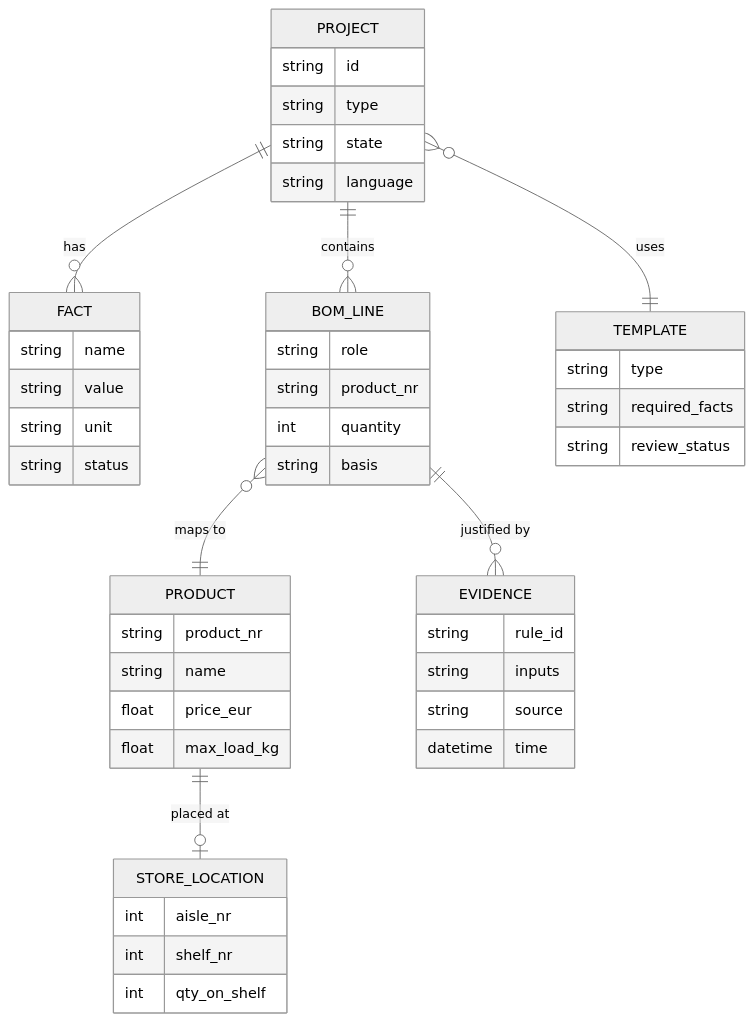
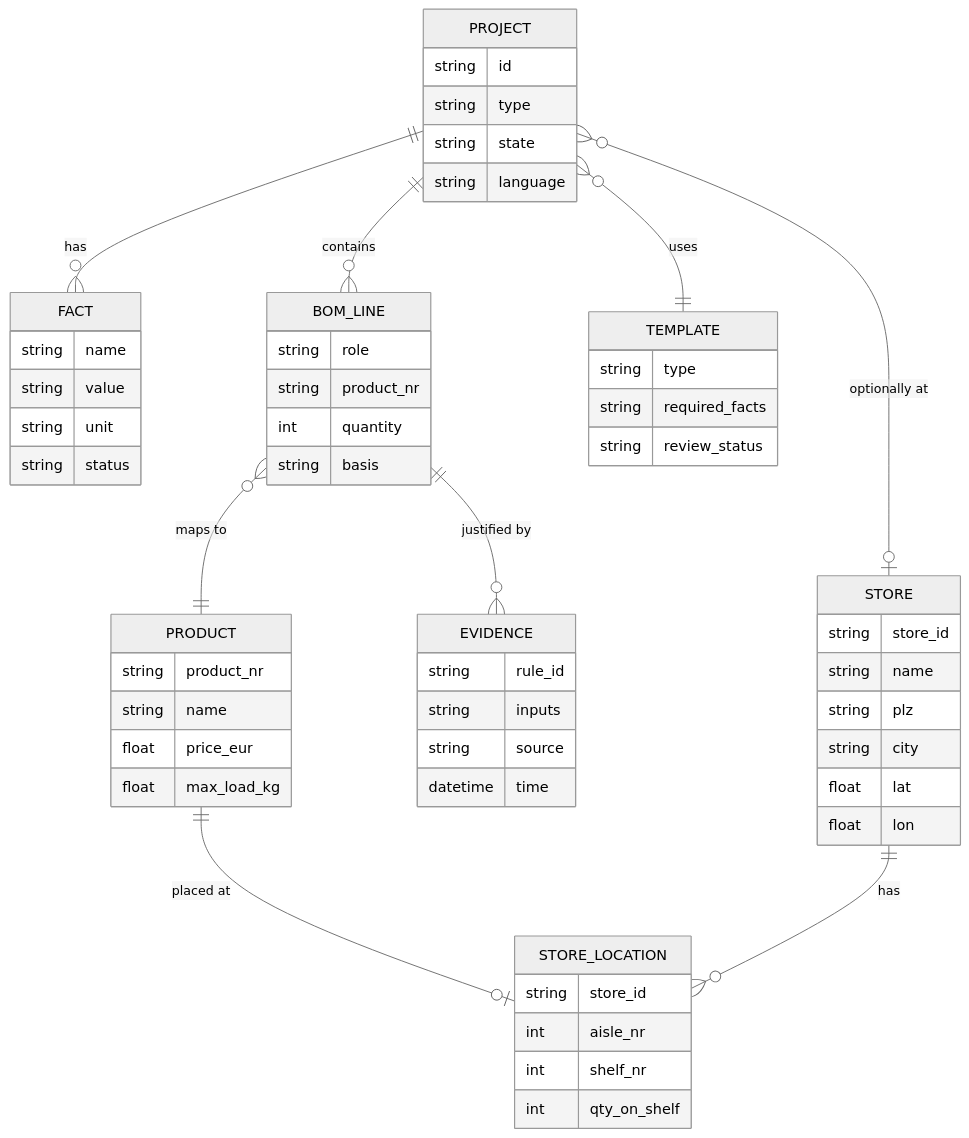
One commit to harigopi20/9_Applied-AI changed the sixth of 7 diagrams in data/03-design.md. Above: the diagram before and after it, drawn with Mermaid (neutral theme). The commit also changed other lines of this file, not shown here.

````diff
--- a/data/03-design.md
+++ b/data/03-design.md
@@ -199,17 +271,20 @@
 ```mermaid
 erDiagram
   PROJECT ||--o{ FACT : has
   PROJECT ||--o{ BOM_LINE : contains
   PROJECT }o--|| TEMPLATE : uses
   BOM_LINE }o--|| PRODUCT : "maps to"
   PRODUCT ||--o| STORE_LOCATION : "placed at"
   BOM_LINE ||--o{ EVIDENCE : "justified by"
+  PROJECT }o--o| STORE : "optionally at"
+  STORE ||--o{ STORE_LOCATION : has
 
   PROJECT { string id string type string state string language }
   FACT { string name string value string unit string status }
   TEMPLATE { string type string required_facts string review_status }
   BOM_LINE { string role string product_nr int quantity string basis }
   PRODUCT { string product_nr string name float price_eur float max_load_kg }
-  STORE_LOCATION { int aisle_nr int shelf_nr int qty_on_shelf }
+  STORE { string store_id string name string plz string city float lat float lon }
+  STORE_LOCATION { string store_id int aisle_nr int shelf_nr int qty_on_shelf }
   EVIDENCE { string rule_id string inputs string source datetime time }
 ```
````
